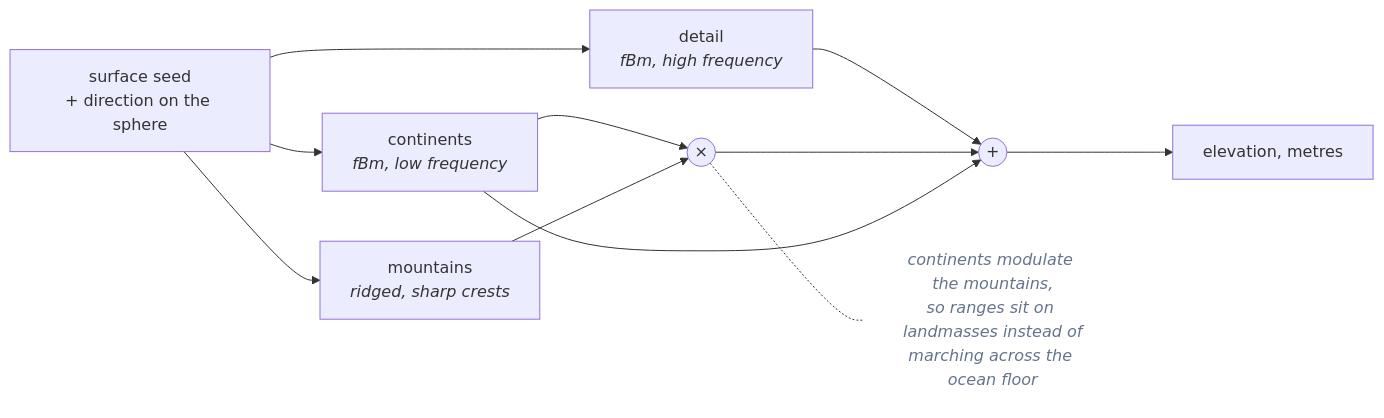
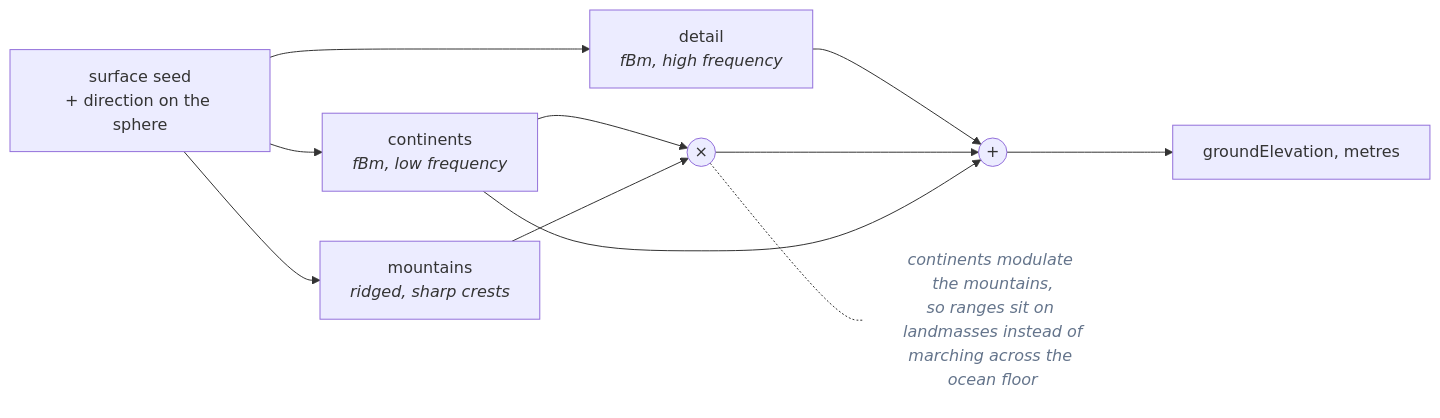
The third of 3 diagrams in docs/concepts/determinism.md (jonjaques/inertialref), drawn with Mermaid before and after one commit. The commit also changed other lines of this file and 24 other files, not shown here.

````diff
--- a/docs/concepts/determinism.md
+++ b/docs/concepts/determinism.md
@@ -128,16 +128,16 @@
 ```mermaid
 flowchart LR
     IN["surface seed<br/>+ direction on the sphere"] --> N1["continents<br/><i>fBm, low frequency</i>"]
     IN --> N2["mountains<br/><i>ridged, sharp crests</i>"]
     IN --> N3["detail<br/><i>fBm, high frequency</i>"]
     N1 --> MIX(("×"))
     N2 --> MIX
     N3 --> SUM(("+"))
     MIX --> SUM
     N1 --> SUM
-    SUM --> OUT["elevation, metres"]
+    SUM --> OUT["groundElevation, metres"]
 
     MIX -.- NOTE["continents modulate the mountains,<br/>so ranges sit on landmasses instead of<br/>marching across the ocean floor"]
     classDef note fill:none,stroke:none,color:#64748b,font-style:italic
     class NOTE note
 ```
````
